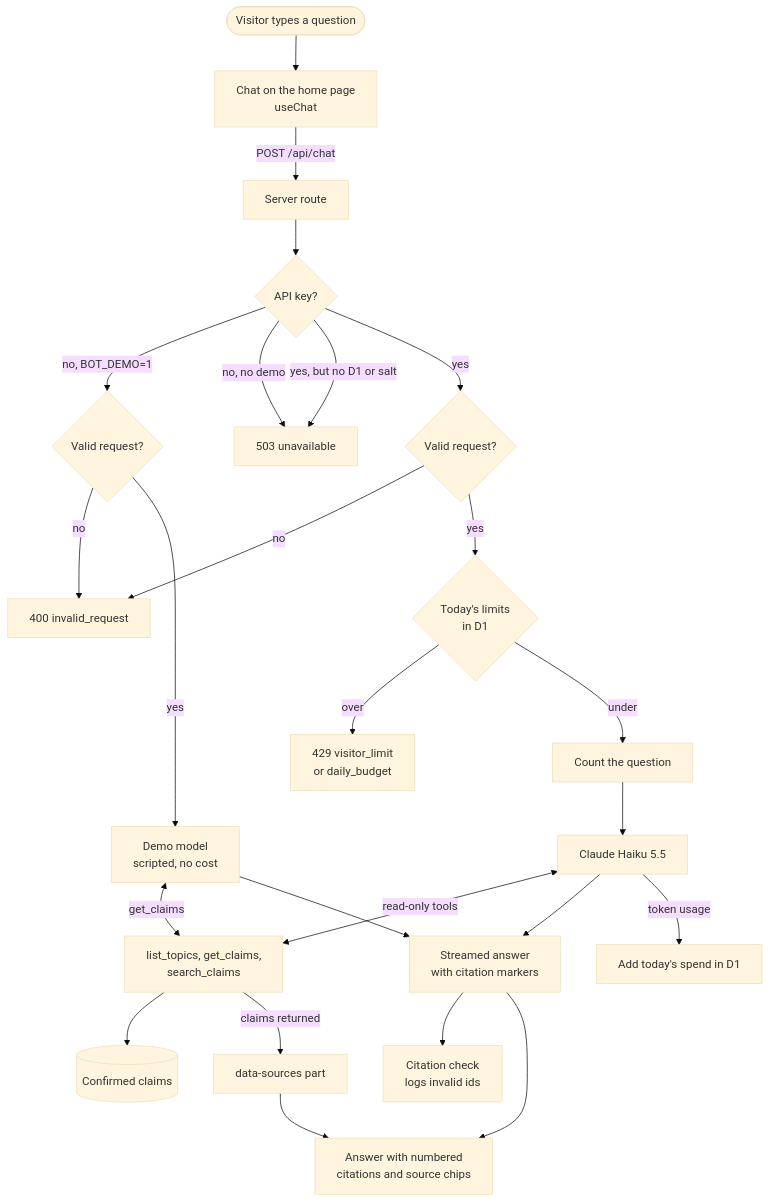
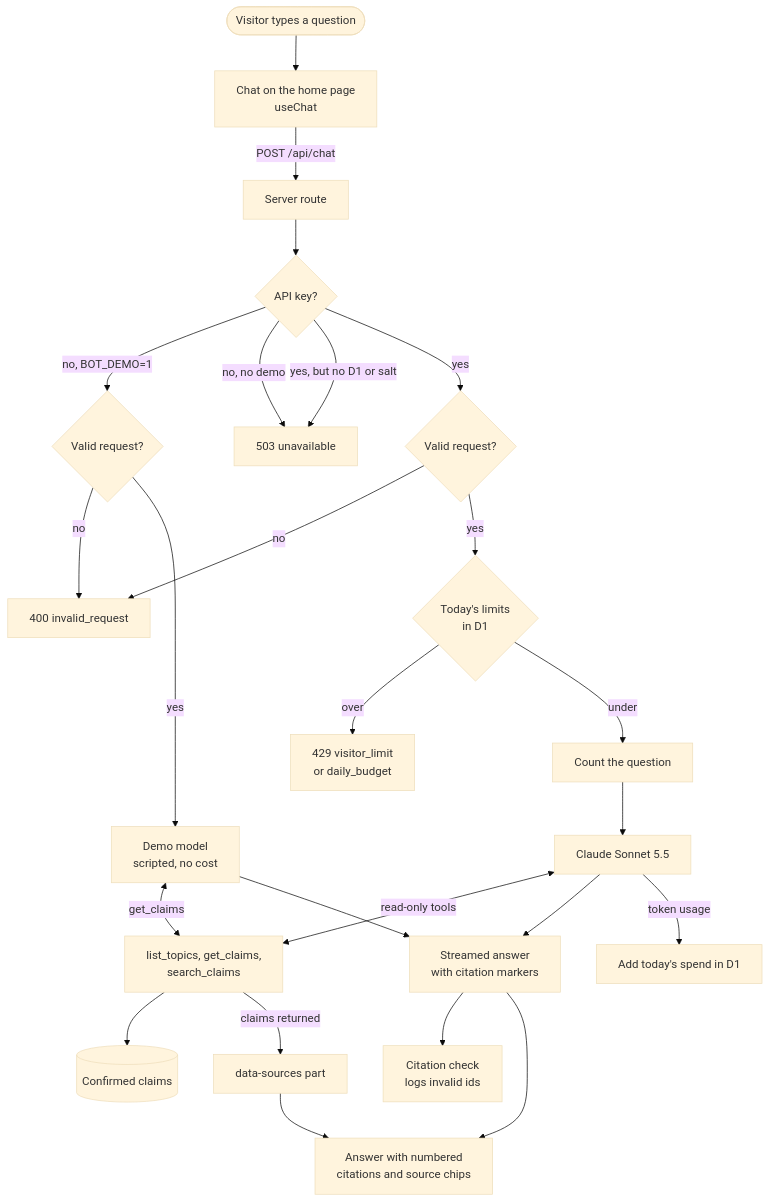
One commit to Zitric/julianpalomo.dev changed the diagram in docs/architecture.md. Above: the diagram before and after it, drawn with Mermaid (base theme). The commit also changed other lines of this file and 5 other files, not shown here.

Commit message:
switch the bot to claude sonnet 5.5 with its prices

````diff
--- a/docs/architecture.md
+++ b/docs/architecture.md
@@ -6,27 +6,27 @@
 ```mermaid
 flowchart TD
   visitor([Visitor types a question]) --> chat[Chat on the home page<br/>useChat]
   chat -->|POST /api/chat| route[Server route]
   route --> key{API key?}
   key -->|no, BOT_DEMO=1| validateDemo{Valid request?}
   key -->|no, no demo| r503[503 unavailable]
   key -->|yes, but no D1 or salt| r503
   key -->|yes| validate{Valid request?}
   validate -->|no| r400[400 invalid_request]
   validateDemo -->|no| r400
   validateDemo -->|yes| demo[Demo model<br/>scripted, no cost]
   validate -->|yes| limits{Today's limits<br/>in D1}
   limits -->|over| r429[429 visitor_limit<br/>or daily_budget]
   limits -->|under| count[Count the question]
-  count --> model[Claude Haiku 5.5]
+  count --> model[Claude Sonnet 5.5]
   model <-->|read-only tools| tools[list_topics, get_claims,<br/>search_claims]
   demo <-->|get_claims| tools
   tools --> claims[(Confirmed claims)]
   tools -->|claims returned| sources[data-sources part]
   model --> stream[Streamed answer<br/>with citation markers]
   demo --> stream
   stream --> check[Citation check<br/>logs invalid ids]
   model -->|token usage| spend[Add today's spend in D1]
   stream --> render[Answer with numbered<br/>citations and source chips]
   sources --> render
 ```
````
